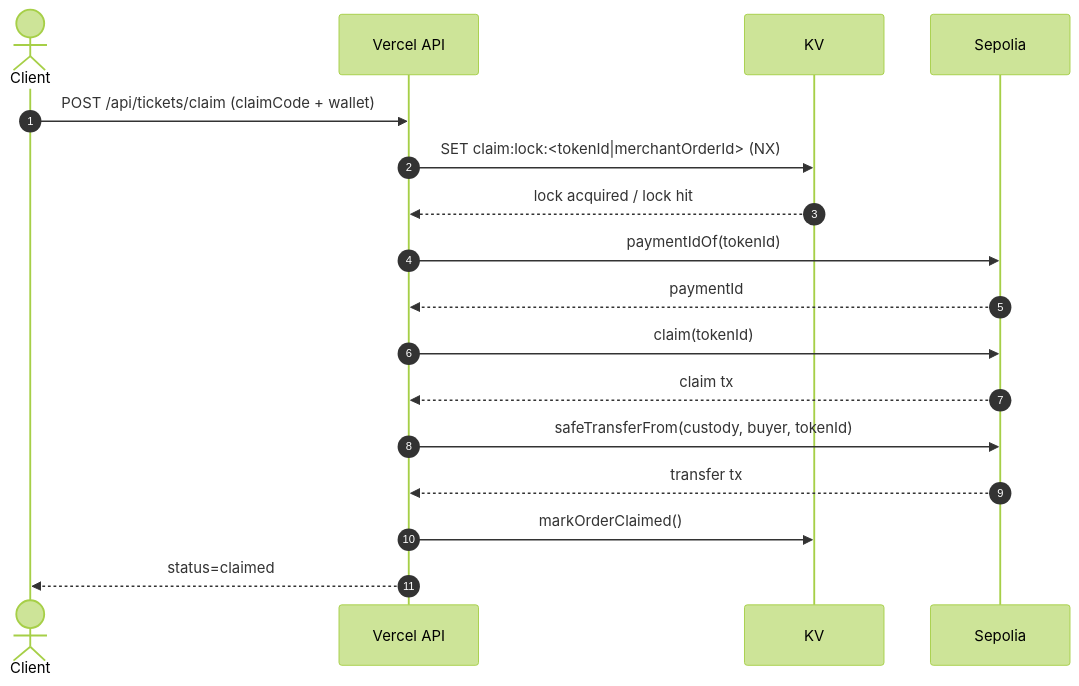
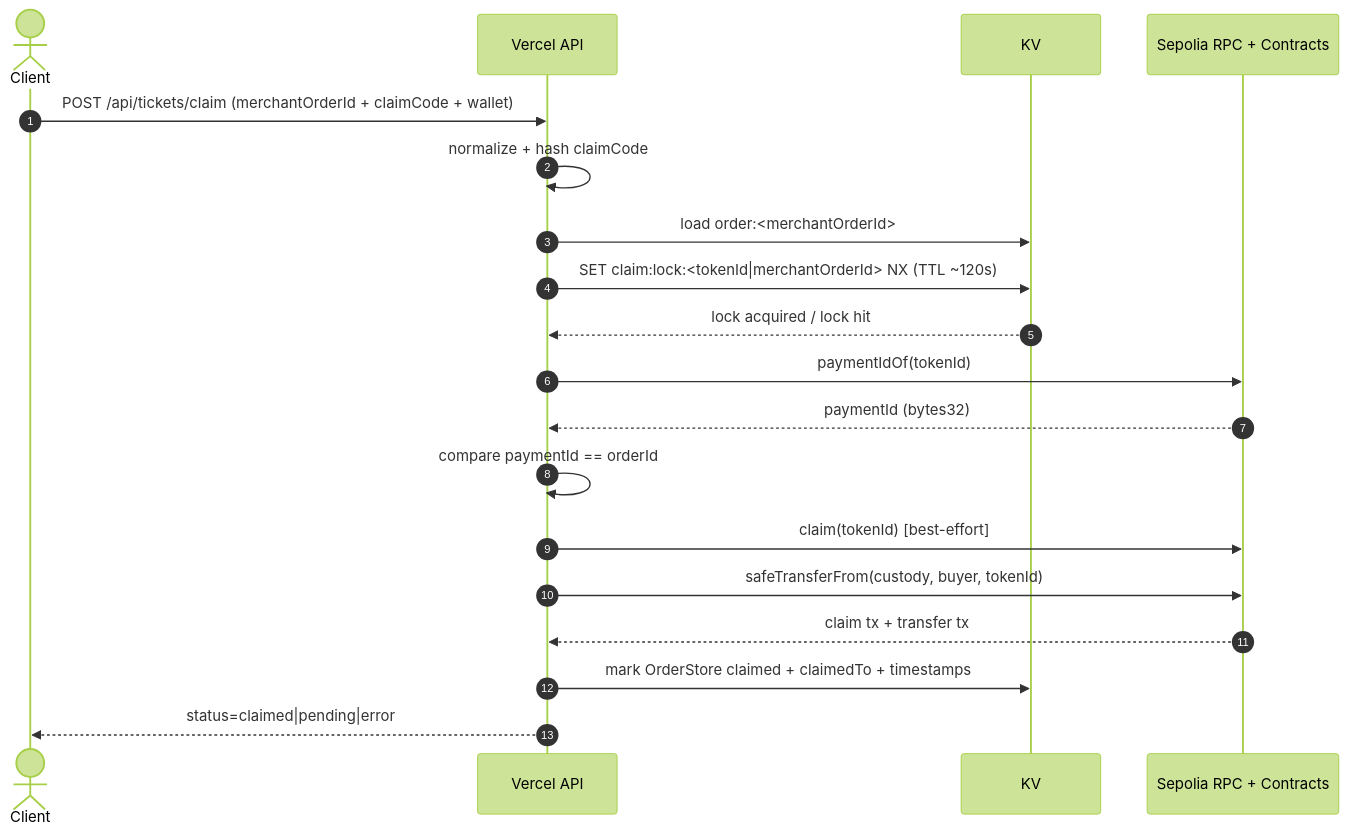
One commit to LucidDreamTR/etkinlik-konser changed the second of 4 diagrams in docs/architecture.md. Above: the diagram before and after it, drawn with Mermaid (forest theme). The commit also changed other lines of this file and 2 other files, not shown here.

Commit message:
docs: add final gate/claim architecture diagrams

````diff
--- a/docs/architecture.md
+++ b/docs/architecture.md
@@ -32,20 +28,22 @@
 ```mermaid
 sequenceDiagram
   autonumber
   actor Client
   participant API as Vercel API
   participant KV
-  participant Sepolia
+  participant Sepolia as Sepolia RPC + Contracts
 
-  Client->>API: POST /api/tickets/claim (claimCode + wallet)
-  API->>KV: SET claim:lock:<tokenId|merchantOrderId> (NX)
+  Client->>API: POST /api/tickets/claim (merchantOrderId + claimCode + wallet)
+  API->>API: normalize + hash claimCode
+  API->>KV: load order:<merchantOrderId>
+  API->>KV: SET claim:lock:<tokenId|merchantOrderId> NX (TTL ~120s)
   KV-->>API: lock acquired / lock hit
   API->>Sepolia: paymentIdOf(tokenId)
-  Sepolia-->>API: paymentId
-  API->>Sepolia: claim(tokenId)
-  Sepolia-->>API: claim tx
+  Sepolia-->>API: paymentId (bytes32)
+  API->>API: compare paymentId == orderId
+  API->>Sepolia: claim(tokenId) [best-effort]
   API->>Sepolia: safeTransferFrom(custody, buyer, tokenId)
-  Sepolia-->>API: transfer tx
-  API->>KV: markOrderClaimed()
-  API-->>Client: status=claimed
+  Sepolia-->>API: claim tx + transfer tx
+  API->>KV: mark OrderStore claimed + claimedTo + timestamps
+  API-->>Client: status=claimed|pending|error
 ```
````
